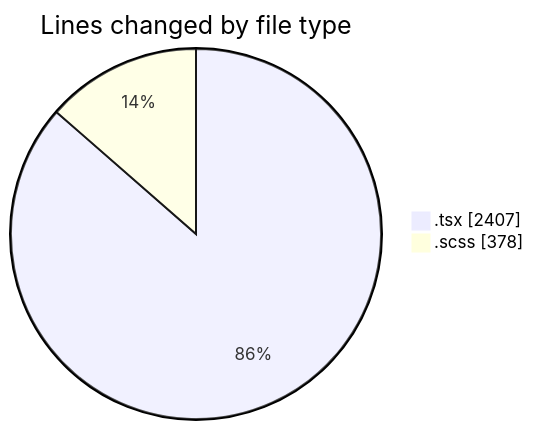
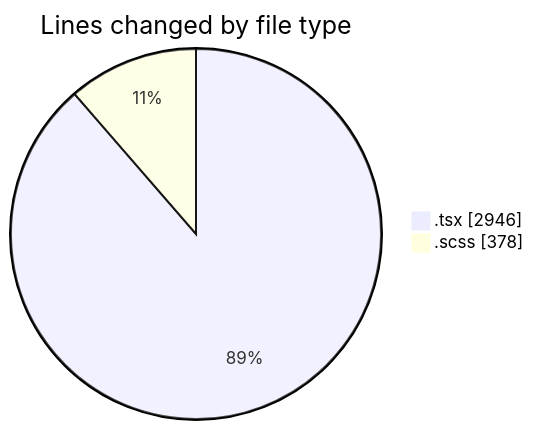
Before and after one commit to momahboobian/code-tracking: the first of 2 diagrams in 2025-09-30/cda/README.md, drawn with Mermaid. The commit also changed other lines of this file and 1 other file, not shown here.

````diff
--- a/2025-09-30/cda/README.md
+++ b/2025-09-30/cda/README.md
@@ -23,6 +23,6 @@
 ```mermaid
 pie showData
 title Lines changed by file type
-".tsx" : 2407
+".tsx" : 2946
 ".scss" : 378
 ```
````
